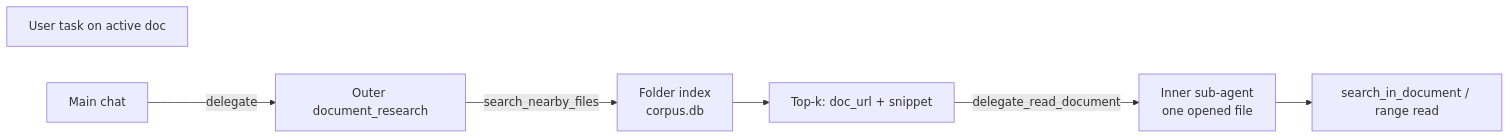
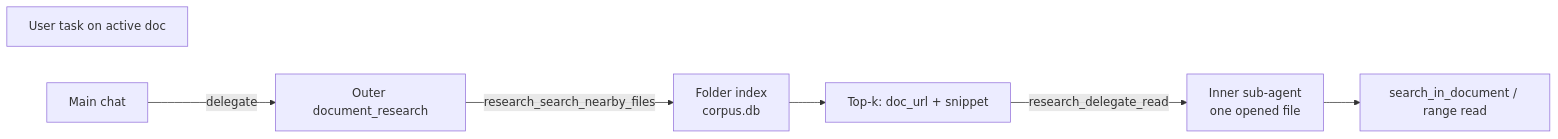
Before and after one commit to KeithCu/writeragent: the first of 3 diagrams in docs/embeddings.md, drawn with Mermaid. The commit also changed other lines of this file and 140 other files, not shown here.

````diff
--- a/docs/embeddings.md
+++ b/docs/embeddings.md
@@ -94,14 +94,14 @@
 ```mermaid
 flowchart LR
   User["User task on active doc"]
   Main[Main chat]
   Outer["Outer document_research"]
   Index["Folder index\ncorpus.db"]
   Hits["Top-k: doc_url + snippet"]
   Inner["Inner sub-agent\none opened file"]
   Read["search_in_document / range read"]
   Main -->|"delegate"| Outer
-  Outer -->|"search_nearby_files"| Index
+  Outer -->|"research_search_nearby_files"| Index
   Index --> Hits
-  Hits -->|"delegate_read_document"| Inner --> Read
+  Hits -->|"research_delegate_read"| Inner --> Read
 ```
````
